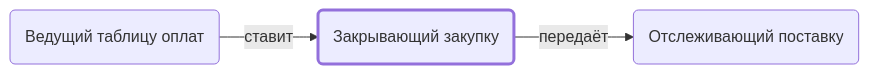
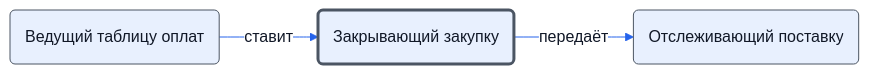
Before and after one commit to vlad78831457/orb-work: the diagram in inst/md-out/reg/oby/zakrytie-zakupki.md, drawn with Mermaid. The commit also changed 66 other files, not shown here.

Commit message:
fix(inst): diagrams readable in GitHub dark theme — own Mermaid theme, blue arrows and labels, white backdrops, larger font

````diff
--- a/inst/md-out/reg/oby/zakrytie-zakupki.md
+++ b/inst/md-out/reg/oby/zakrytie-zakupki.md
@@ -14,9 +14,10 @@
 ```mermaid
+%%{init: {"theme": "base", "themeVariables": {"fontSize": "16px", "primaryColor": "#e8f0fe", "primaryTextColor": "#111827", "primaryBorderColor": "#4b5563", "lineColor": "#2563eb", "textColor": "#111827", "clusterBkg": "#fffbe6", "clusterBorder": "#9ca3af", "edgeLabelBackground": "#ffffff", "signalColor": "#2563eb", "signalTextColor": "#1d4ed8", "noteBkgColor": "#fff3b0", "noteTextColor": "#111827", "noteBorderColor": "#a16207", "actorBkg": "#e8f0fe", "actorTextColor": "#111827", "actorBorder": "#4b5563", "actorLineColor": "#9ca3af", "labelBoxBkgColor": "#e8f0fe", "labelTextColor": "#111827"}}}%%
 flowchart LR
   o_zakrytie_zakupki("Закрывающий закупку")
   style o_zakrytie_zakupki stroke-width:3px
   o_tablitsa_oplat("Ведущий таблицу оплат")
   o_kontrol_postavki("Отслеживающий поставку")
   o_tablitsa_oplat -->|ставит| o_zakrytie_zakupki
   o_zakrytie_zakupki -->|передаёт| o_kontrol_postavki
 ```
````
